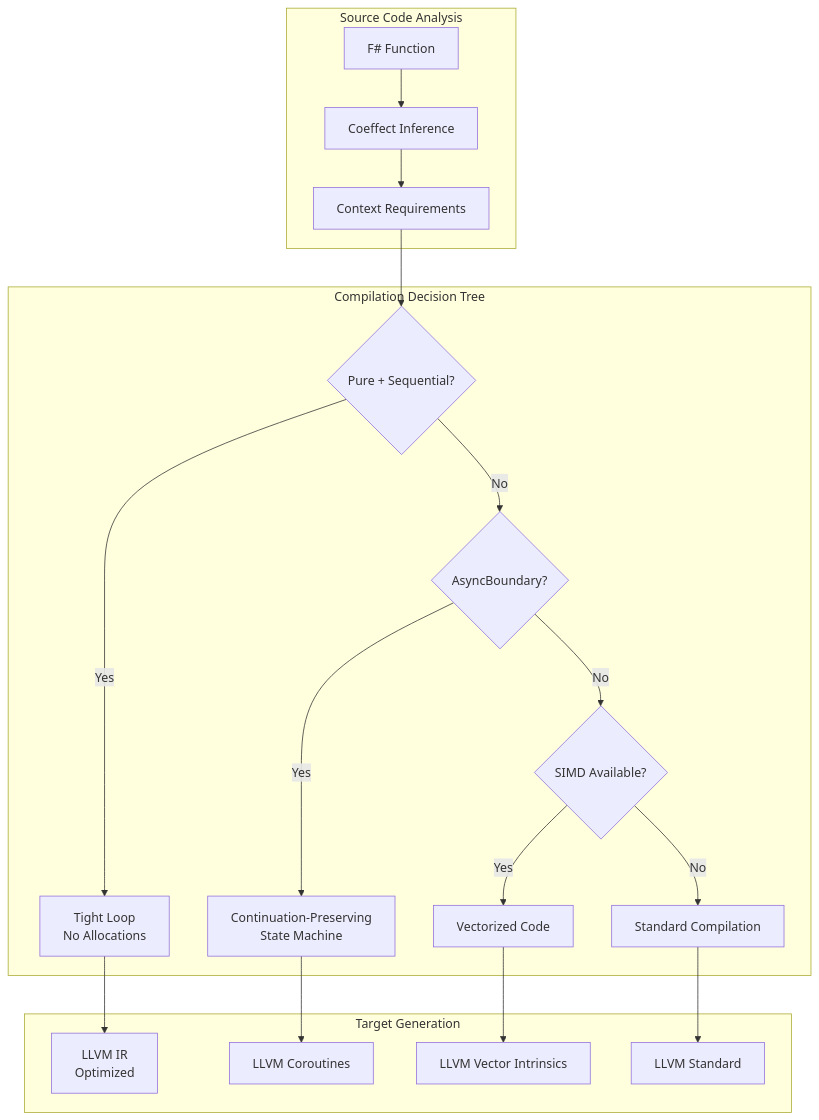
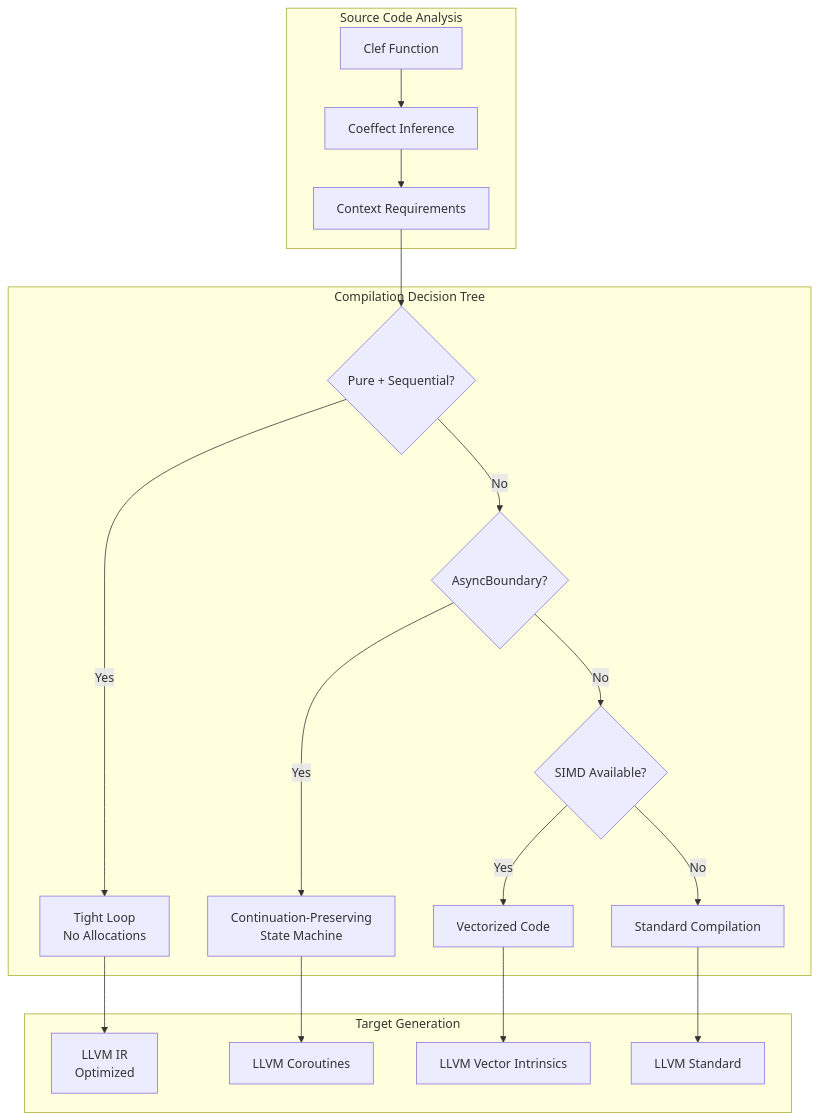
One commit to FidelityFramework/clef-lang-site changed the first of 2 diagrams in hugo/content/docs/design/coeffects-and-codata.md. Above: the diagram before and after it, drawn with Mermaid. The commit also changed other lines of this file and 5 other files, not shown here.

````diff
--- a/hugo/content/docs/design/coeffects-and-codata.md
+++ b/hugo/content/docs/design/coeffects-and-codata.md
@@ -137,24 +137,24 @@
 ```mermaid
 graph TD
     subgraph "Source Code Analysis"
-        CODE[F# Function] --> INFER[Coeffect Inference]
+        CODE[Clef Function] --> INFER[Coeffect Inference]
         INFER --> CTX[Context Requirements]
     end
 
     subgraph "Compilation Decision Tree"
         CTX --> P1{Pure + Sequential?}
         P1 -->|Yes| TIGHT[Tight Loop<br/>No Allocations]
         P1 -->|No| P2{AsyncBoundary?}
         P2 -->|Yes| CONT[Continuation-Preserving<br/>State Machine]
         P2 -->|No| P3{SIMD Available?}
         P3 -->|Yes| VECTOR[Vectorized Code]
         P3 -->|No| STANDARD[Standard Compilation]
     end
 
     subgraph "Target Generation"
         TIGHT --> LLVM1[LLVM IR<br/>Optimized]
         CONT --> LLVM2[LLVM Coroutines]
         VECTOR --> LLVM3[LLVM Vector Intrinsics]
         STANDARD --> LLVM4[LLVM Standard]
     end
 ```
````
